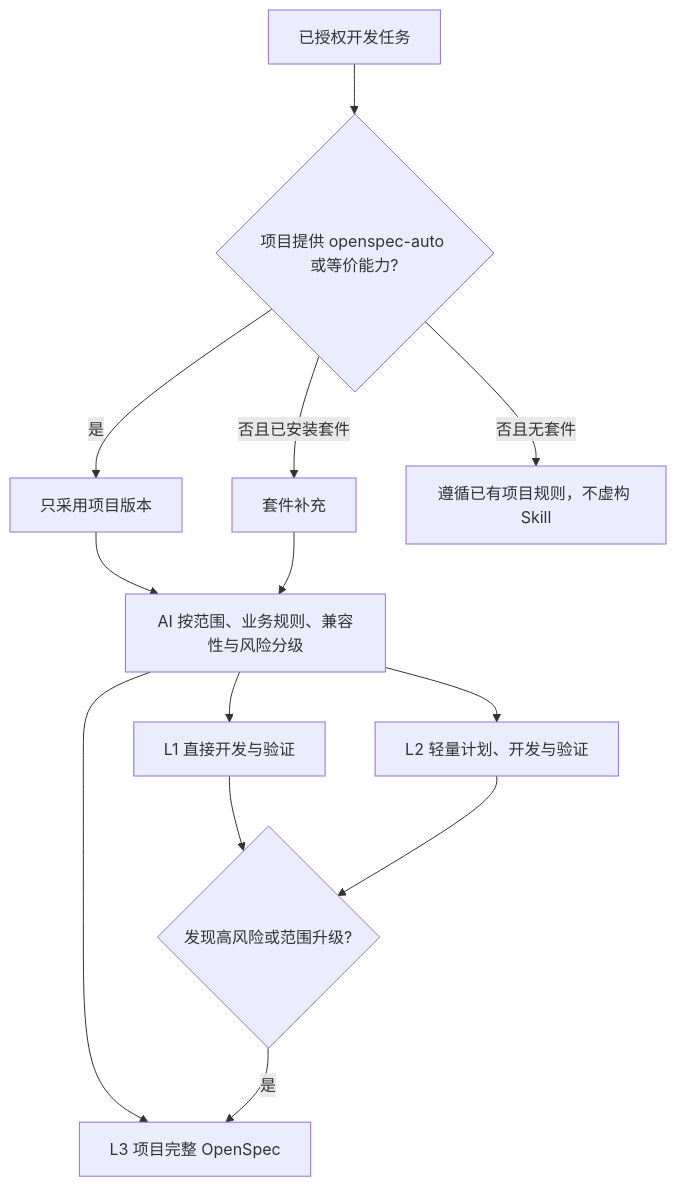
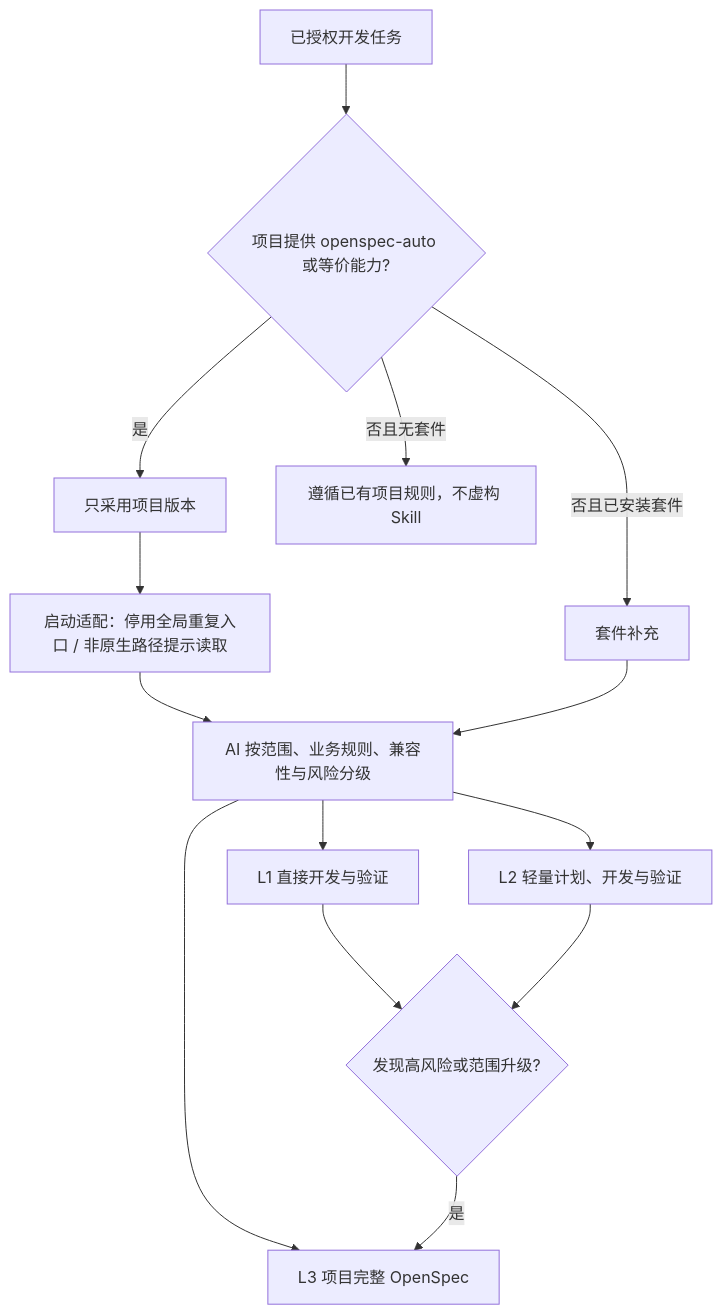
One commit to exception-coder/kai-toolbox changed the third of 37 diagrams in docs/ai-coding-architecture.md. Above: the diagram before and after it, drawn with Mermaid. The commit also changed other lines of this file and 6 other files, not shown here.

````diff
--- a/docs/ai-coding-architecture.md
+++ b/docs/ai-coding-architecture.md
@@ -71,15 +71,16 @@
 ```mermaid
 flowchart TD
     TASK["已授权开发任务"] --> LOCAL{"项目提供 openspec-auto 或等价能力?"}
     LOCAL -->|"是"| PROJECT["只采用项目版本"]
     LOCAL -->|"否且已安装套件"| GLOBAL["套件补充"]
     LOCAL -->|"否且无套件"| EXISTING["遵循已有项目规则，不虚构 Skill"]
-    PROJECT --> LEVEL["AI 按范围、业务规则、兼容性与风险分级"]
+    PROJECT --> ADAPTER["启动适配：停用全局重复入口 / 非原生路径提示读取"]
+    ADAPTER --> LEVEL["AI 按范围、业务规则、兼容性与风险分级"]
     GLOBAL --> LEVEL
     LEVEL --> L1["L1 直接开发与验证"]
     LEVEL --> L2["L2 轻量计划、开发与验证"]
     LEVEL --> L3["L3 项目完整 OpenSpec"]
     L1 --> RISK{"发现高风险或范围升级?"}
     L2 --> RISK
     RISK -->|"是"| L3
 ```
````
